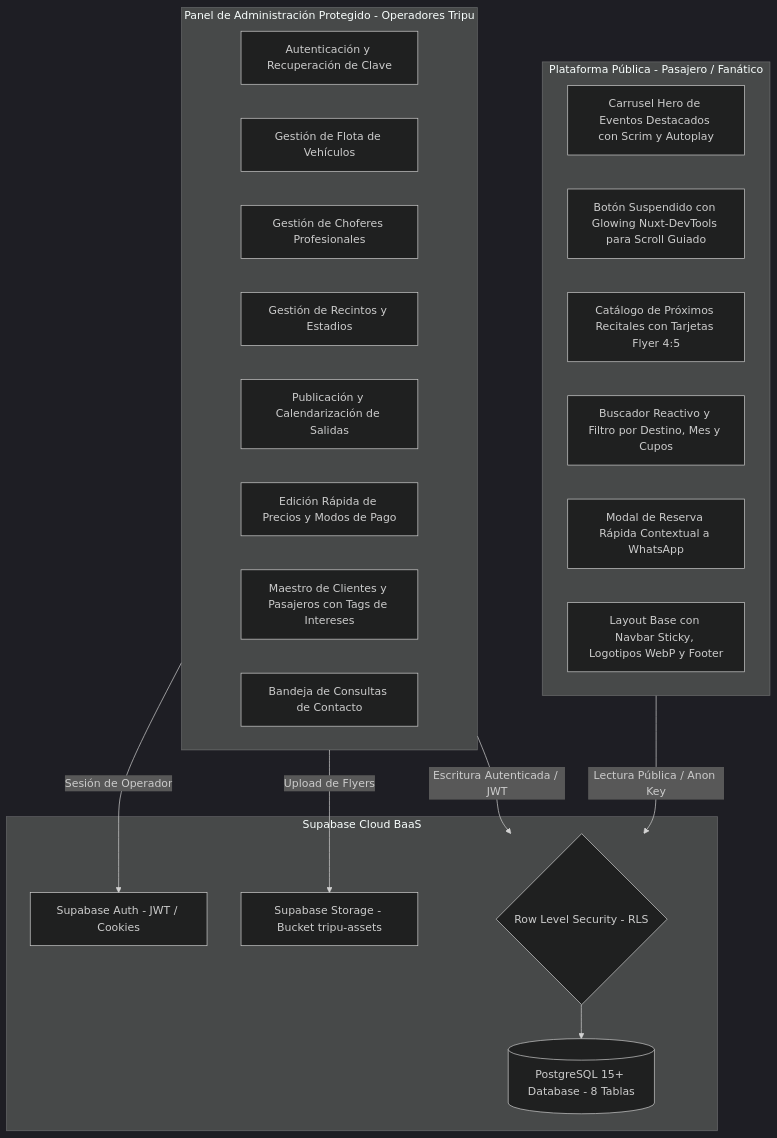
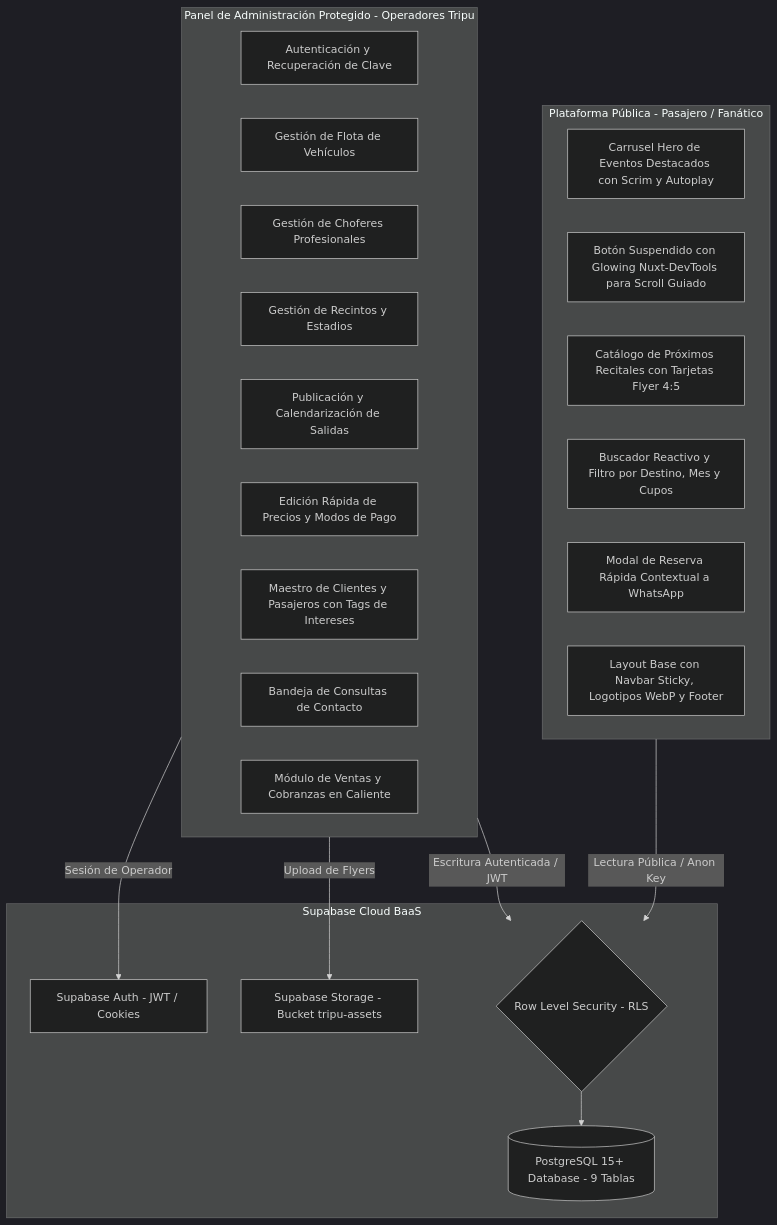
One commit to giuli9r/event-system changed the first of 3 diagrams in ARCHITECTURE.md. Above: the diagram before and after it, drawn with Mermaid (dark theme). The commit also changed other lines of this file and 10 other files, not shown here.

````diff
--- a/ARCHITECTURE.md
+++ b/ARCHITECTURE.md
@@ -29,35 +29,36 @@
 ```mermaid
 flowchart TD
     subgraph Public_Platform [Plataforma Pública - Pasajero / Fanático]
         P1[Carrusel Hero de Eventos Destacados con Scrim y Autoplay]
         P2[Botón Suspendido con Glowing Nuxt-DevTools para Scroll Guiado]
         P3[Catálogo de Próximos Recitales con Tarjetas Flyer 4:5]
         P4[Buscador Reactivo y Filtro por Destino, Mes y Cupos]
         P5[Modal de Reserva Rápida Contextual a WhatsApp]
         P6[Layout Base con Navbar Sticky, Logotipos WebP y Footer]
     end
 
     subgraph Admin_Platform [Panel de Administración Protegido - Operadores Tripu]
         A1[Autenticación y Recuperación de Clave]
         A2[Gestión de Flota de Vehículos]
         A3[Gestión de Choferes Profesionales]
         A4[Gestión de Recintos y Estadios]
         A5[Publicación y Calendarización de Salidas]
         A6[Edición Rápida de Precios y Modos de Pago]
         A7[Maestro de Clientes y Pasajeros con Tags de Intereses]
         A8[Bandeja de Consultas de Contacto]
+        A9[Módulo de Ventas y Cobranzas en Caliente]
     end
 
     subgraph Supabase_BaaS [Supabase Cloud BaaS]
-        B1[(PostgreSQL 15+ Database - 8 Tablas)]
+        B1[(PostgreSQL 15+ Database - 9 Tablas)]
         B2[Supabase Auth - JWT / Cookies]
         B3[Supabase Storage - Bucket tripu-assets]
         B4{Row Level Security - RLS}
     end
 
     Public_Platform -->|Lectura Pública / Anon Key| B4
     Admin_Platform -->|Escritura Autenticada / JWT| B4
     B4 --> B1
     Admin_Platform -->|Upload de Flyers| B3
     Admin_Platform -->|Sesión de Operador| B2
 ```
````
